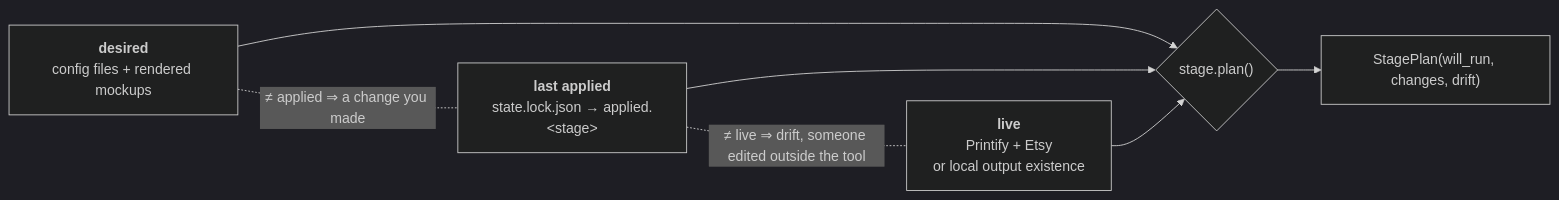
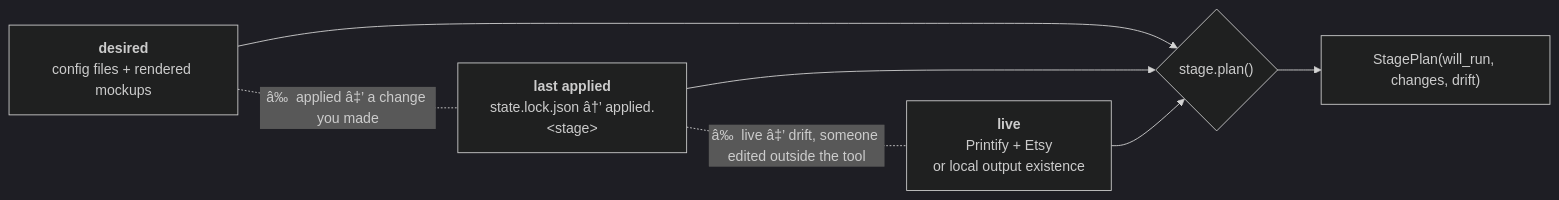
The third of 5 diagrams in docs/architecture.md (eli-jordan/etsy-listing-automation), drawn with Mermaid (dark theme) before and after one commit. The commit also changed other lines of this file and 255 other files, not shown here.

````diff
--- a/docs/architecture.md
+++ b/docs/architecture.md
@@ -209,10 +213,10 @@
 ```mermaid
 graph LR
     D["<b>desired</b><br/>config files + rendered mockups"] --> Diff{"stage.plan()"}
-    A["<b>last applied</b><br/>state.lock.json → applied.&lt;stage&gt;"] --> Diff
+    A["<b>last applied</b><br/>state.lock.json â†’ applied.&lt;stage&gt;"] --> Diff
     L["<b>live</b><br/>Printify + Etsy<br/>or local output existence"] --> Diff
     Diff --> SP["StagePlan(will_run, changes, drift)"]
 
-    D -. "≠ applied ⇒ a change you made".- A
-    A -. "≠ live ⇒ drift, someone edited outside the tool".- L
+    D -. "â‰  applied â‡’ a change you made".- A
+    A -. "â‰  live â‡’ drift, someone edited outside the tool".- L
 ```
````
